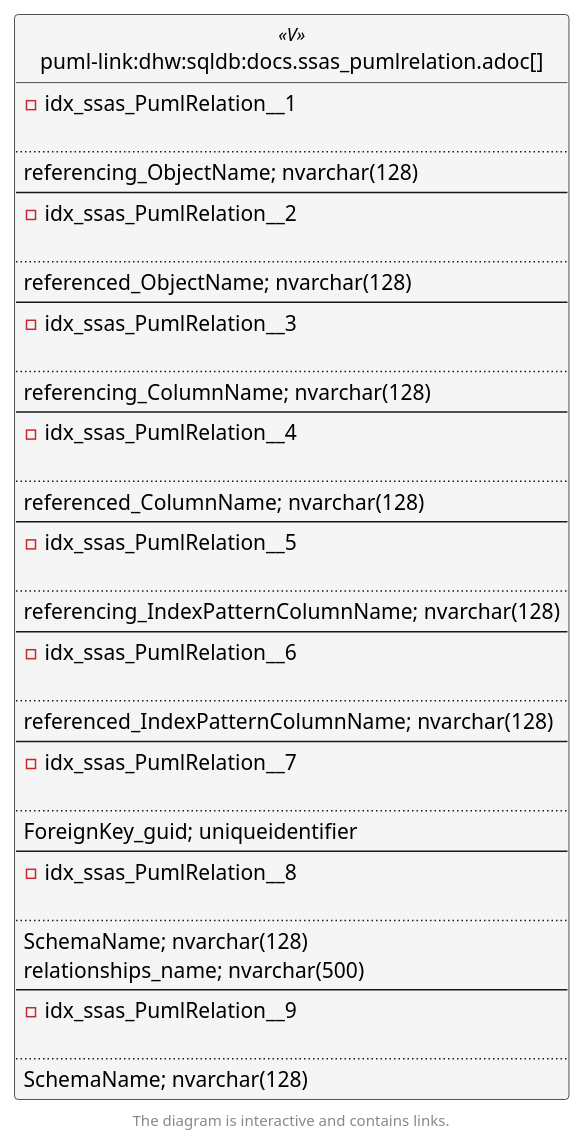
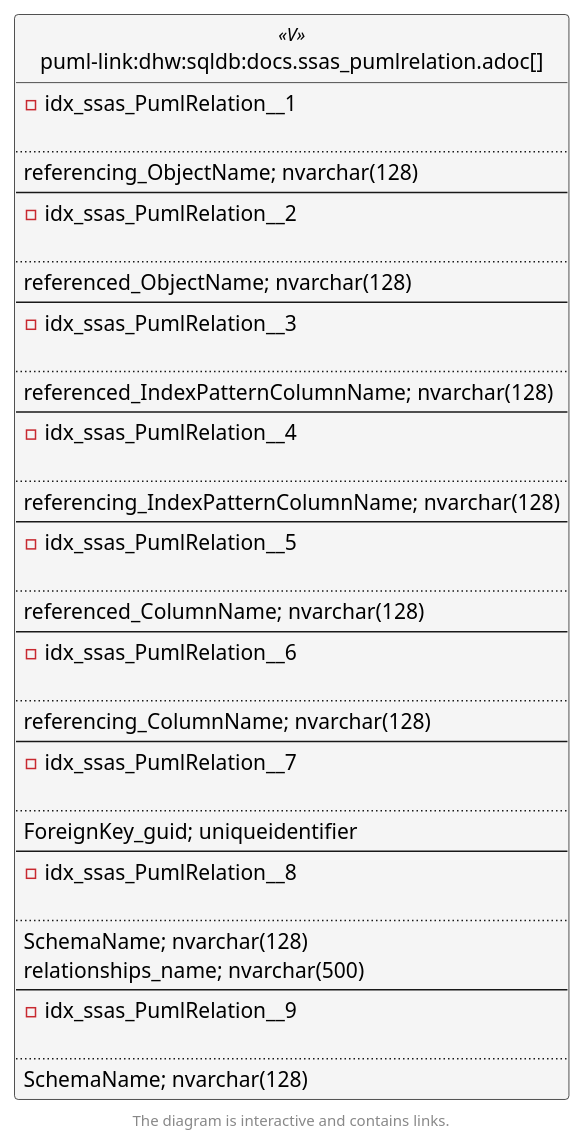
Before and after one commit to DataHandwerk/dhw-antora-sqldb: the second of 6 diagrams in docs/modules/sqldb/partials/content/docs.ssas_pumlrelation.adoc, drawn with PlantUML. The commit also changed other lines of this file and 701 other files, not shown here.

```diff
--- a/docs/modules/sqldb/partials/content/docs.ssas_pumlrelation.adoc
+++ b/docs/modules/sqldb/partials/content/docs.ssas_pumlrelation.adoc
@@ -1323,22 +1323,22 @@
 - idx_ssas_PumlRelation__3
 
 ..
-referencing_ColumnName; nvarchar(128)
+referenced_IndexPatternColumnName; nvarchar(128)
 --
 - idx_ssas_PumlRelation__4
 
 ..
-referenced_ColumnName; nvarchar(128)
+referencing_IndexPatternColumnName; nvarchar(128)
 --
 - idx_ssas_PumlRelation__5
 
 ..
-referencing_IndexPatternColumnName; nvarchar(128)
+referenced_ColumnName; nvarchar(128)
 --
 - idx_ssas_PumlRelation__6
 
 ..
-referenced_IndexPatternColumnName; nvarchar(128)
+referencing_ColumnName; nvarchar(128)
 --
 - idx_ssas_PumlRelation__7
 
```
